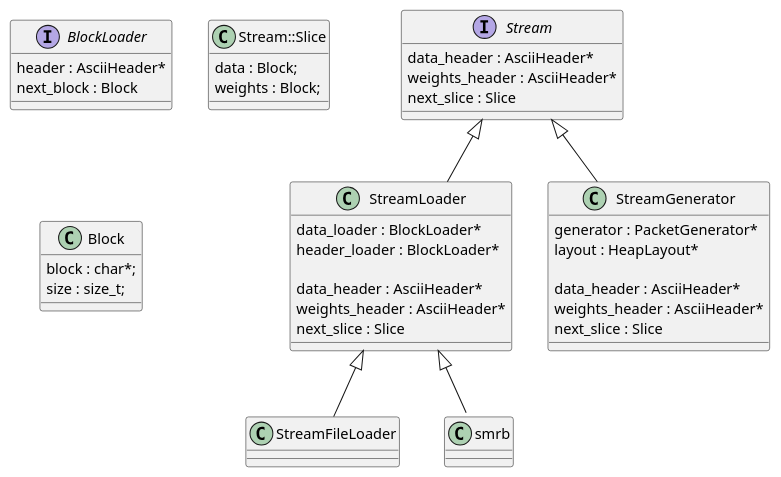
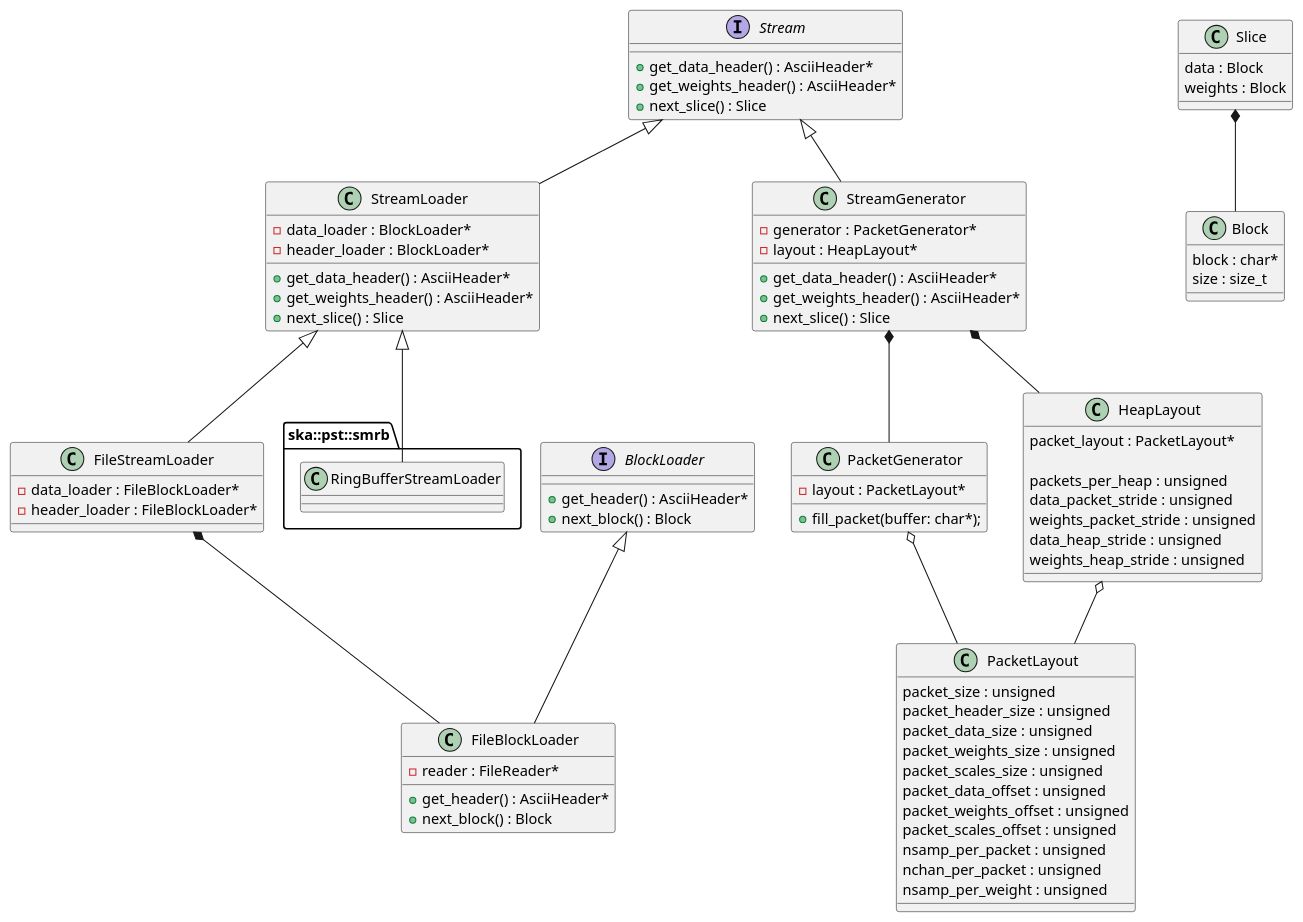
Before and after one commit to ska-telescope/ska-pst-common: the diagram in docs/src/architecture/stream_class_diagram.puml, drawn with PlantUML.

Commit message:
AT3-517 Stream class diagram fleshed out

```diff
--- a/docs/src/architecture/stream_class_diagram.puml
+++ b/docs/src/architecture/stream_class_diagram.puml
@@ -1,54 +1,118 @@
 @startuml Stream Class Diagram
 
 interface Stream
 {
-  data_header : AsciiHeader*
-  weights_header : AsciiHeader*
-  next_slice : Slice
+  + get_data_header() : AsciiHeader*
+  + get_weights_header() : AsciiHeader*
+  + next_slice() : Slice
 }
 
 Stream <|-- StreamLoader
 Stream <|-- StreamGenerator
 
-StreamLoader <|-- StreamFileLoader
-StreamLoader <|-- smrb::StreamBufferLoader
+package ska::pst::smrb {
+  class RingBufferStreamLoader
+}
+
+StreamLoader <|-- RingBufferStreamLoader
 
 class StreamGenerator
 {
-  generator : PacketGenerator*
-  layout : HeapLayout*
+  - generator : PacketGenerator*
+  - layout : HeapLayout*
 
-  data_header : AsciiHeader*
-  weights_header : AsciiHeader*
-  next_slice : Slice
+  + get_data_header() : AsciiHeader*
+  + get_weights_header() : AsciiHeader*
+  + next_slice() : Slice
+}
+
+StreamGenerator *-- PacketGenerator
+StreamGenerator *-- HeapLayout
+
+PacketGenerator o-- PacketLayout
+HeapLayout o-- PacketLayout
+
+class PacketGenerator
+{
+  - layout : PacketLayout*
+  + fill_packet(buffer: char*);
+}
+
+class HeapLayout
+{
+  packet_layout : PacketLayout*
+
+  packets_per_heap : unsigned
+  data_packet_stride : unsigned
+  weights_packet_stride : unsigned
+  data_heap_stride : unsigned
+  weights_heap_stride : unsigned 
+}
+
+class PacketLayout
+{
+  packet_size : unsigned
+  packet_header_size : unsigned
+  packet_data_size : unsigned
+  packet_weights_size : unsigned
+  packet_scales_size : unsigned
+  packet_data_offset : unsigned
+  packet_weights_offset : unsigned
+  packet_scales_offset : unsigned
+  nsamp_per_packet : unsigned
+  nchan_per_packet : unsigned
+  nsamp_per_weight : unsigned
 }
 
 class StreamLoader
 {
-  data_loader : BlockLoader*
-  header_loader : BlockLoader*
+  - data_loader : BlockLoader*
+  - header_loader : BlockLoader*
 
-  data_header : AsciiHeader*
-  weights_header : AsciiHeader*
-  next_slice : Slice
+  + get_data_header() : AsciiHeader*
+  + get_weights_header() : AsciiHeader*
+  + next_slice() : Slice
 }
+
+StreamLoader <|-- FileStreamLoader
+
+class FileStreamLoader
+{
+  - data_loader : FileBlockLoader*
+  - header_loader : FileBlockLoader*
+}
+
+FileStreamLoader *-- FileBlockLoader
 
 interface BlockLoader
 {
-  header : AsciiHeader*
-  next_block : Block
+  + get_header() : AsciiHeader*
+  + next_block() : Block
 }
 
-class Stream::Slice
+BlockLoader <|-- FileBlockLoader
+
+class FileBlockLoader
 {
-  data : Block;
-  weights : Block;
+  - reader : FileReader*
+  
+  + get_header() : AsciiHeader*
+  + next_block() : Block
 }
+
+
+class Slice
+{
+  data : Block
+  weights : Block
+}
+
+Slice *-- Block
 
 class Block
 {
-  block : char*;
-  size : size_t;
+  block : char*
+  size : size_t
 }
 
 @enduml
```
